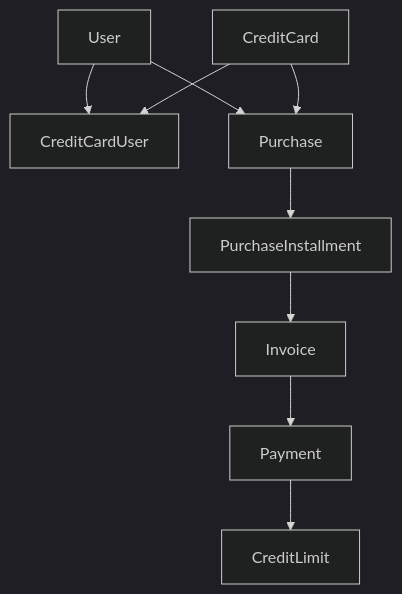
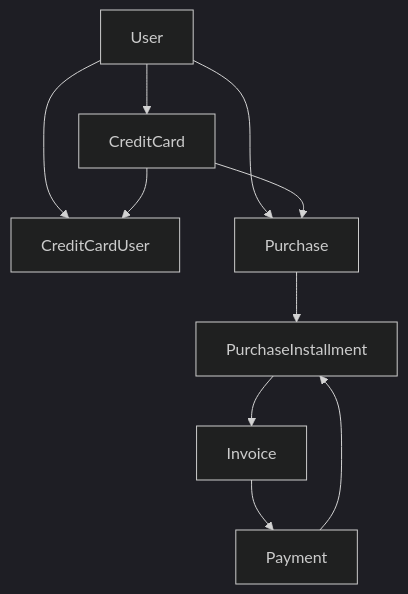
The diagram in README.md (EriclysLuckas/FaturaEasy), drawn with Mermaid (dark theme) before and after one commit. The commit also changed other lines of this file and 9 other files, not shown here.

````diff
--- a/README.md
+++ b/README.md
@@ -83,15 +83,15 @@
 ```mermaid
 flowchart TD
+    User --> CreditCard
+    User --> CreditCardUser
+    CreditCard --> CreditCardUser
 
-User --> CreditCardUser
-CreditCard --> CreditCardUser
+    User --> Purchase
+    CreditCard --> Purchase
 
-User --> Purchase
-CreditCard --> Purchase
+    Purchase --> PurchaseInstallment
+    PurchaseInstallment --> Invoice
 
-Purchase --> PurchaseInstallment
-PurchaseInstallment --> Invoice
-Invoice --> Payment
-
-Payment --> CreditLimit
+    Invoice --> Payment
+    Payment --> PurchaseInstallment
 ```
````
